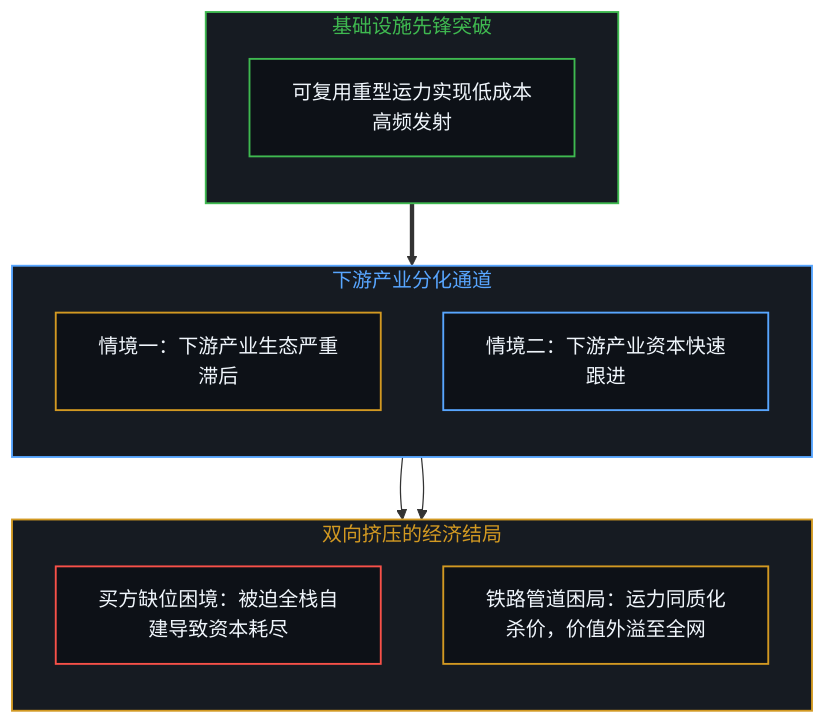
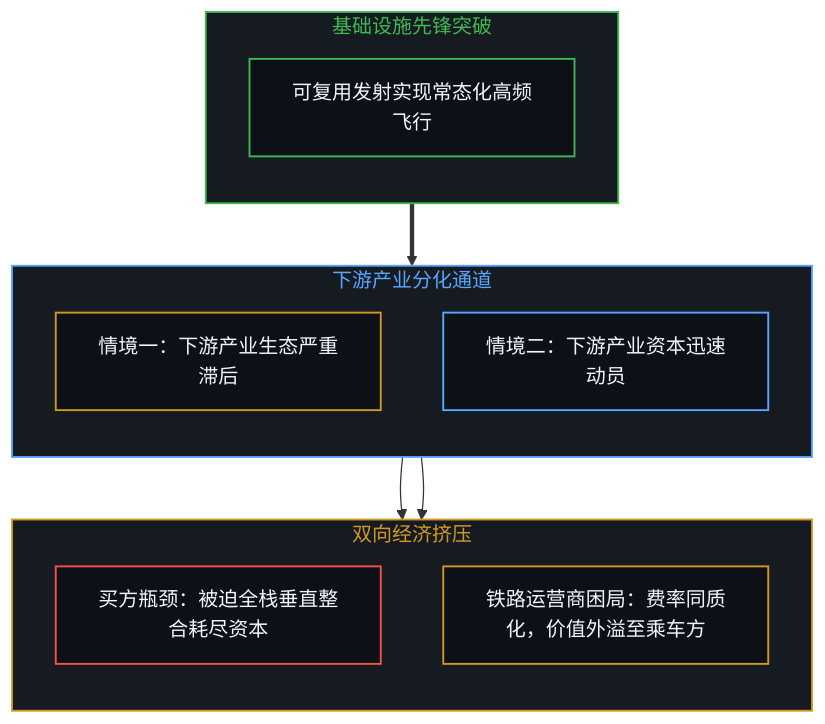
Before and after one commit to powerpig99/not-a-toe: the fifth of 14 diagrams in content/posts/beyond-the-hundred-trillion-horizon.md, drawn with Mermaid. The commit also changed other lines of this file and 6 other files, not shown here.

````diff
--- a/content/posts/beyond-the-hundred-trillion-horizon.md
+++ b/content/posts/beyond-the-hundred-trillion-horizon.md
@@ -187,33 +169,28 @@
 ```mermaid
 flowchart TD
     classDef default fill:#0d1117,stroke:#30363d,stroke-width:1px,color:#f0f6fc;
     classDef mind fill:#0d1117,stroke:#3fb950,stroke-width:1.5px,color:#f0f6fc;
     classDef warn fill:#0d1117,stroke:#d29922,stroke-width:1.5px,color:#f0f6fc;
     classDef fail fill:#0d1117,stroke:#f85149,stroke-width:1.5px,color:#f0f6fc;
     classDef model fill:#0d1117,stroke:#58a6ff,stroke-width:1.5px,color:#f0f6fc;
-
     subgraph S_INFRA_ZH ["基础设施先锋突破"]
         direction TB
-        LAUNCH["可复用重型运力实现低成本高频发射"]:::mind
+        LAUNCH["可复用发射实现常态化高频飞行"]:::mind
     end
-
     subgraph S_BRANCH_ZH ["下游产业分化通道"]
         direction TB
         B_LAG["情境一：下游产业生态严重滞后"]:::warn
-        B_LEAD["情境二：下游产业资本快速跟进"]:::model
+        B_LEAD["情境二：下游产业资本迅速动员"]:::model
     end
-
-    subgraph S_OUTCOME_ZH ["双向挤压的经济结局"]
+    subgraph S_OUTCOME_ZH ["双向经济挤压"]
         direction TB
-        BUYER["买方缺位困境：被迫全栈自建导致资本耗尽"]:::fail
-        RAIL["铁路管道困局：运力同质化杀价，价值外溢至全网"]:::warn
+        BUYER["买方瓶颈：被迫全栈垂直整合耗尽资本"]:::fail
+        RAIL["铁路运营商困局：费率同质化，价值外溢至乘车方"]:::warn
     end
-
     S_INFRA_ZH ==> S_BRANCH_ZH
     B_LAG --> BUYER
     B_LEAD --> RAIL
-
     style S_INFRA_ZH fill:#161b22,stroke:#3fb950,stroke-width:1.5px,color:#3fb950
     style S_BRANCH_ZH fill:#161b22,stroke:#58a6ff,stroke-width:1.5px,color:#58a6ff
     style S_OUTCOME_ZH fill:#161b22,stroke:#d29922,stroke-width:1.5px,color:#d29922
 ```
````
